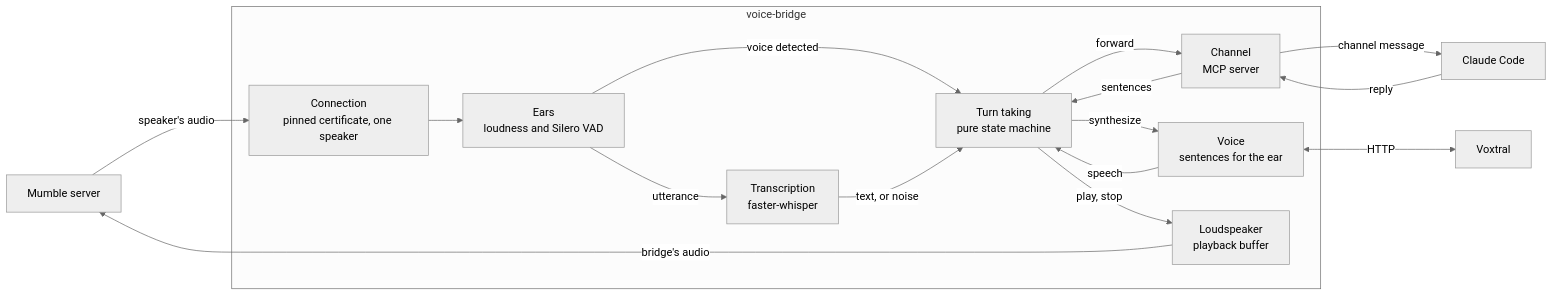
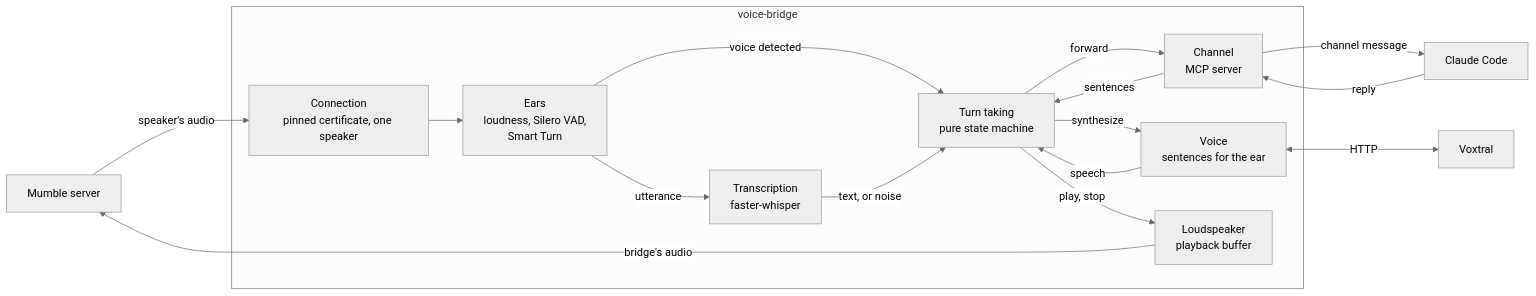
Before and after one commit to marc-gavanier/voice-bridge: the third of 3 diagrams in README.md, drawn with Mermaid (neutral theme). The commit also changed other lines of this file and 15 other files, not shown here.

First line of the commit message:
feat: end a sentence when smart turn judges the turn finished

````diff
--- a/README.md
+++ b/README.md
@@ -178,25 +181,25 @@
 ```mermaid
 flowchart LR
     mumble["Mumble server"]
     subgraph bridge["voice-bridge"]
         connection["Connection<br/>pinned certificate, one speaker"]
-        ears["Ears<br/>loudness and Silero VAD"]
+        ears["Ears<br/>loudness, Silero VAD,<br/>Smart Turn"]
         whisper["Transcription<br/>faster-whisper"]
         turns["Turn taking<br/>pure state machine"]
         channel["Channel<br/>MCP server"]
         mouth["Voice<br/>sentences for the ear"]
         loudspeaker["Loudspeaker<br/>playback buffer"]
     end
     claude["Claude Code"]
     voxtral["Voxtral"]
 
     mumble -->|"speaker's audio"| connection --> ears
     ears -->|"utterance"| whisper
     ears -->|"voice detected"| turns
     whisper -->|"text, or noise"| turns
     turns -->|"forward"| channel -->|"channel message"| claude
     claude -->|"reply"| channel -->|"sentences"| turns
     turns -->|"synthesize"| mouth <-->|"HTTP"| voxtral
     mouth -->|"speech"| turns
     turns -->|"play, stop"| loudspeaker -->|"bridge's audio"| mumble
 ```
````
